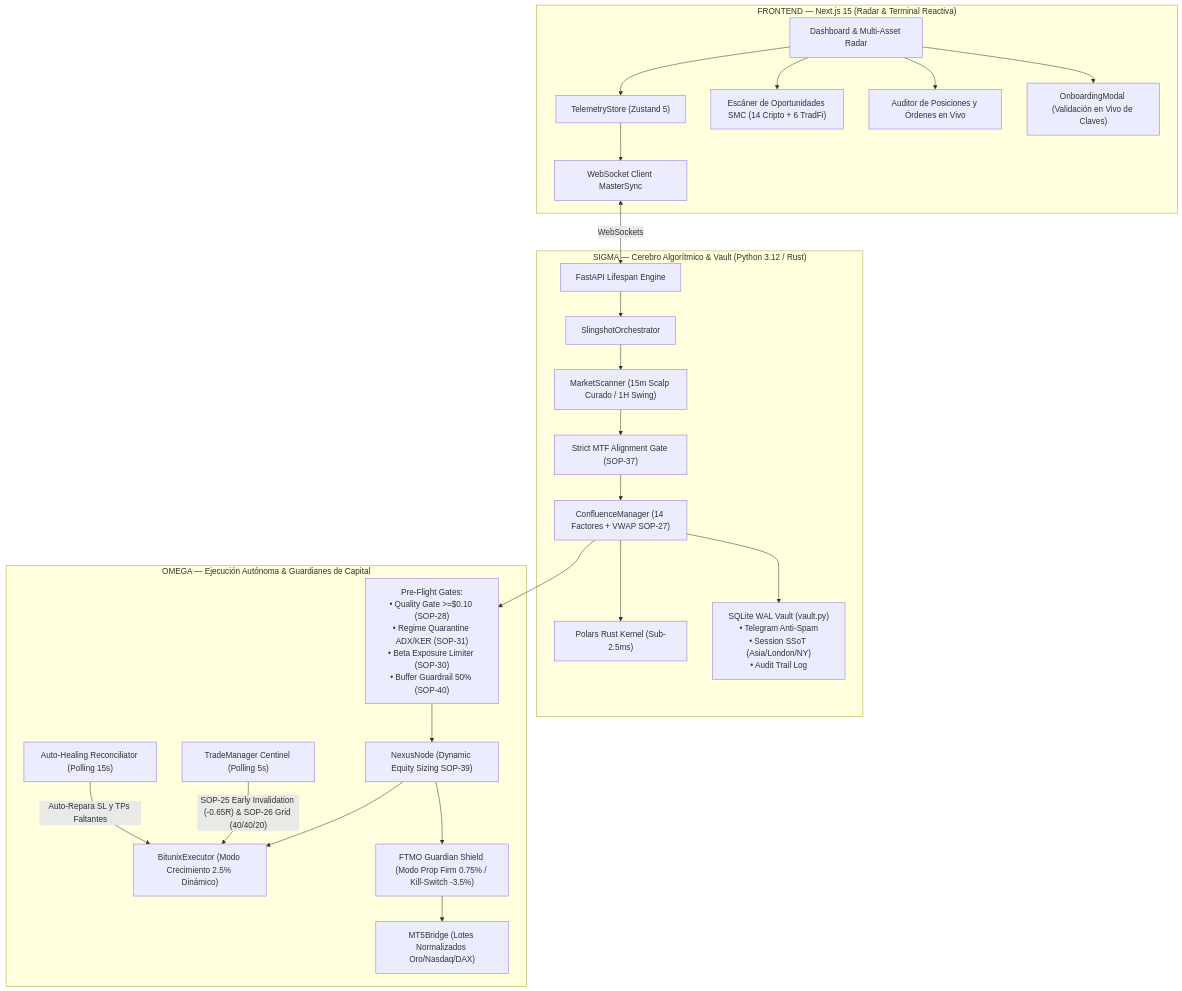
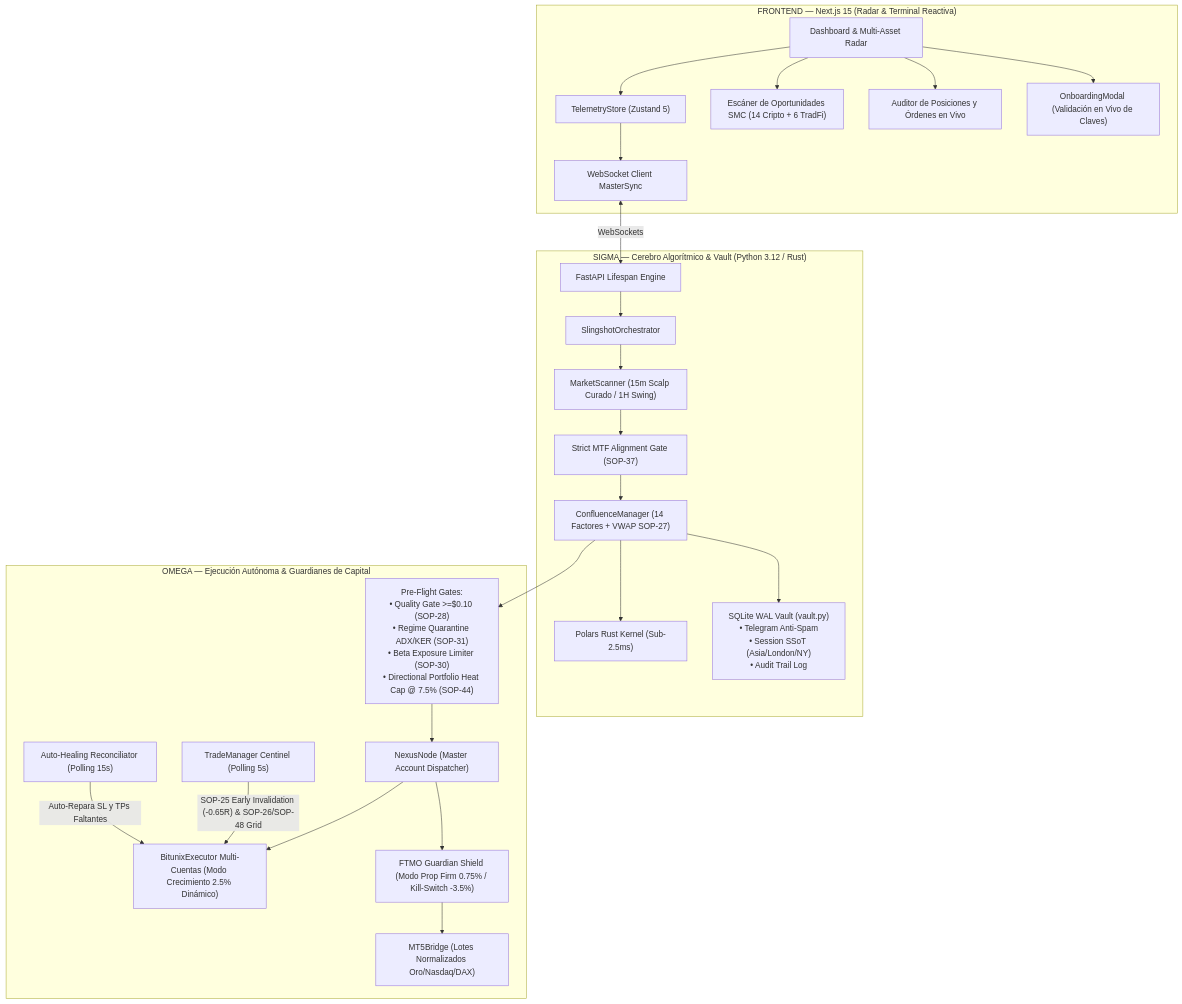
One commit to matiquelmec/Slingshot changed the diagram in README.md. Above: the diagram before and after it, drawn with Mermaid. The commit also changed other lines of this file and 1 other file, not shown here.

````diff
--- a/README.md
+++ b/README.md
@@ -41,31 +41,31 @@
 ```mermaid
 graph TB
     subgraph "FRONTEND — Next.js 15 (Radar & Terminal Reactiva)"
         A["Dashboard & Multi-Asset Radar"] --> B["TelemetryStore (Zustand 5)"]
         B --> C["WebSocket Client MasterSync"]
         A --> D["Escáner de Oportunidades SMC (14 Cripto + 6 TradFi)"]
         A --> E["Auditor de Posiciones y Órdenes en Vivo"]
         A --> OB["OnboardingModal (Validación en Vivo de Claves)"]
     end
 
     subgraph "SIGMA — Cerebro Algorítmico & Vault (Python 3.12 / Rust)"
         J["FastAPI Lifespan Engine"] --> K["SlingshotOrchestrator"]
         K --> L["MarketScanner (15m Scalp Curado / 1H Swing)"]
         L --> MTF["Strict MTF Alignment Gate (SOP-37)"]
         MTF --> M["ConfluenceManager (14 Factores + VWAP SOP-27)"]
         M --> POLARS["Polars Rust Kernel (Sub-2.5ms)"]
         M --> V["SQLite WAL Vault (vault.py)<br/>• Telegram Anti-Spam<br/>• Session SSoT (Asia/London/NY)<br/>• Audit Trail Log"]
     end
 
     subgraph "OMEGA — Ejecución Autónoma & Guardianes de Capital"
-        M --> GATES["Pre-Flight Gates:<br/>• Quality Gate >=$0.10 (SOP-28)<br/>• Regime Quarantine ADX/KER (SOP-31)<br/>• Beta Exposure Limiter (SOP-30)<br/>• Buffer Guardrail 50% (SOP-40)"]
-        GATES --> NX["NexusNode (Dynamic Equity Sizing SOP-39)"]
-        NX --> BX["BitunixExecutor (Modo Crecimiento 2.5% Dinámico)"]
+        M --> GATES["Pre-Flight Gates:<br/>• Quality Gate >=$0.10 (SOP-28)<br/>• Regime Quarantine ADX/KER (SOP-31)<br/>• Beta Exposure Limiter (SOP-30)<br/>• Directional Portfolio Heat Cap @ 7.5% (SOP-44)"]
+        GATES --> NX["NexusNode (Master Account Dispatcher)"]
+        NX --> BX["BitunixExecutor Multi-Cuentas (Modo Crecimiento 2.5% Dinámico)"]
         NX --> FG["FTMO Guardian Shield (Modo Prop Firm 0.75% / Kill-Switch -3.5%)"]
         FG --> MT5["MT5Bridge (Lotes Normalizados Oro/Nasdaq/DAX)"]
-        TM["TradeManager Centinel (Polling 5s)"] --> |"SOP-25 Early Invalidation (-0.65R) & SOP-26 Grid (40/40/20)"| BX
+        TM["TradeManager Centinel (Polling 5s)"] --> |"SOP-25 Early Invalidation (-0.65R) & SOP-26/SOP-48 Grid"| BX
         AH["Auto-Healing Reconciliator (Polling 15s)"] --> |"Auto-Repara SL y TPs Faltantes"| BX
     end
 
     C <--> |"WebSockets"| J
 ```
````
